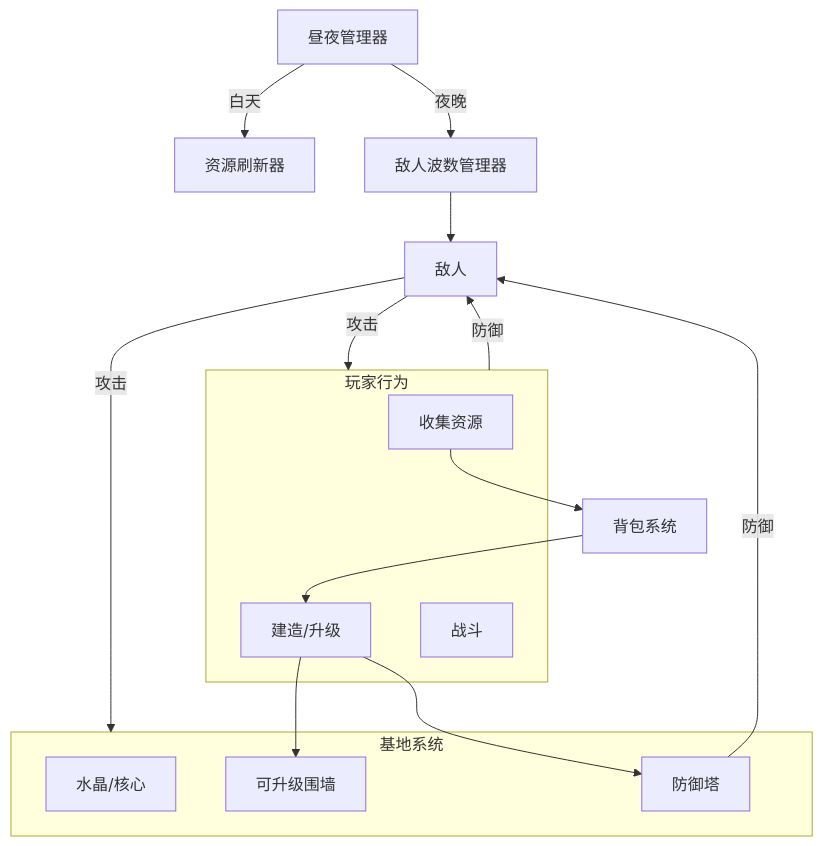
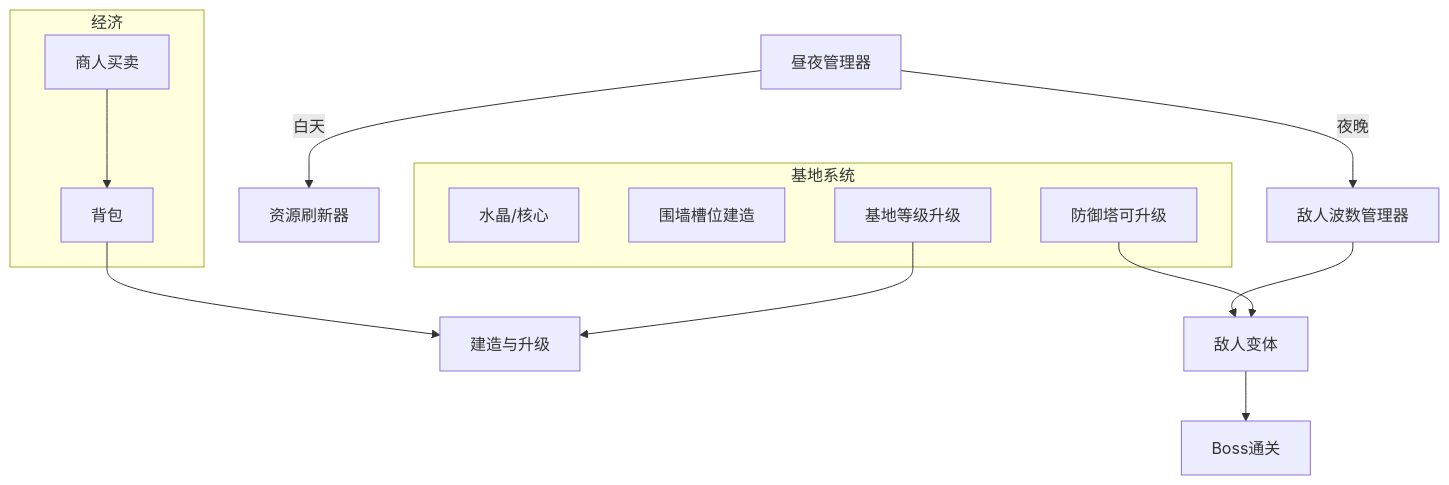
The diagram in 开发计划_34天.md (YangZhang-ZY/2.5D-Top-Down-Game), drawn with Mermaid before and after one commit. The commit also changed other lines of this file and 197 other files, not shown here.

````diff
--- a/开发计划_34天.md
+++ b/开发计划_34天.md
@@ -7,28 +13,25 @@
 ```mermaid
 graph TD
     DayNightManager[昼夜管理器] -->|白天| Spawner[资源刷新器]
-    DayNightManager -->|夜晚| WaveManager[敌人波数管理器]
+    DayNightManager[昼夜管理器] -->|夜晚| WaveManager[敌人波数管理器]
     
     subgraph Base [基地系统]
         Crystal[水晶/核心]
-        Walls[可升级围墙]
-        Turrets[防御塔]
+        Walls[围墙槽位建造]
+        Turrets[防御塔可升级]
+        BaseLevel[基地等级升级]
     end
     
-    subgraph Player [玩家行为]
-        Gather[收集资源]
-        Build[建造/升级]
-        Combat[战斗]
+    subgraph Economy [经济]
+        Inventory[背包]
+        Merchant[商人买卖]
     end
     
-    Gather --> Inventory[背包系统]
-    Inventory --> Build
-    Build --> Walls
-    Build --> Turrets
+    Inventory --> Build[建造与升级]
+    Merchant --> Inventory
+    BaseLevel --> Build
     
-    WaveManager --> Enemies[敌人]
-    Enemies -->|攻击| Base
-    Enemies -->|攻击| Player
-    Turrets -->|防御| Enemies
-    Player -->|防御| Enemies
+    WaveManager --> Enemies[敌人变体]
+    Enemies --> Boss[Boss通关]
+    Turrets --> Enemies
 ```
````
